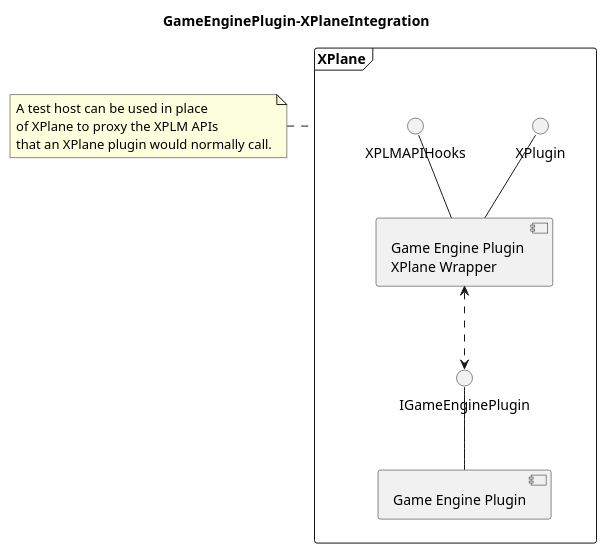
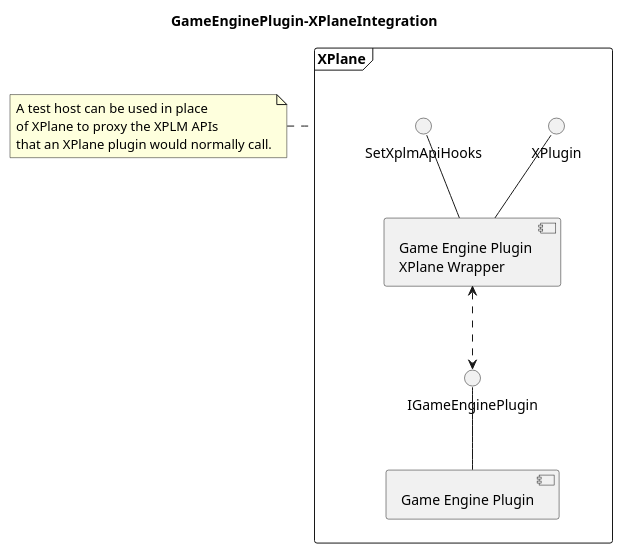
One commit to stevostj/Sandbox changed the diagram in GameEnginePlugin/Docs/SourceDiagrams/GameEnginePlugin-XPlaneIntegration-Component.plantuml. Above: the diagram before and after it, drawn with PlantUML. The commit also changed 9 other files, not shown here.

```diff
--- a/GameEnginePlugin/Docs/SourceDiagrams/GameEnginePlugin-XPlaneIntegration-Component.plantuml
+++ b/GameEnginePlugin/Docs/SourceDiagrams/GameEnginePlugin-XPlaneIntegration-Component.plantuml
@@ -1,27 +1,27 @@
 @startuml
 
 title "GameEnginePlugin-XPlaneIntegration"
 
 frame "XPlane" as HA {
 [Game Engine Plugin \nXPlane Wrapper] as XPW
 [Game Engine Plugin] as GEP
 () "IGameEnginePlugin" as IGEP
 () "XPlugin" as IXP
-() "XPLMAPIHooks" as IXPLMAPI
+() "SetXplmApiHooks" as IXPLMAPI
 }
 
 note left of HA
 A test host can be used in place
 of XPlane to proxy the XPLM APIs
 that an XPlane plugin would normally call.
 end note
 
 IGEP -- GEP
 
 IXP -- XPW
 IXPLMAPI -- XPW
 
 XPW <..> IGEP
 
 
 @enduml
```
